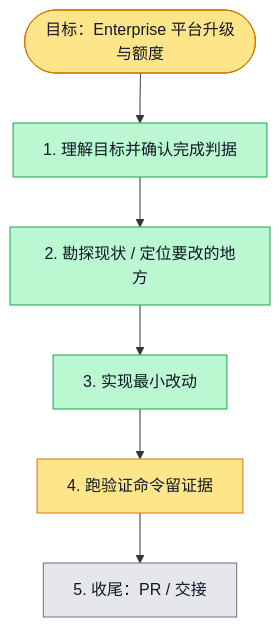
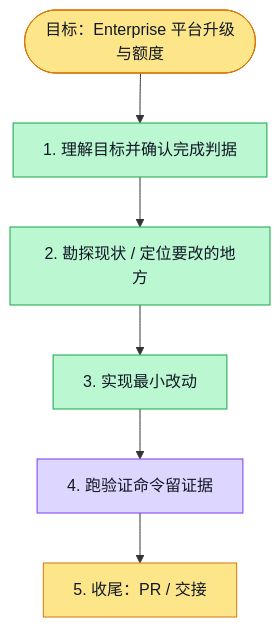
One commit to boardx/workspacex changed the diagram in evidence/enterprise-management-6108/execution-plan.md. Above: the diagram before and after it, drawn with Mermaid. The commit also changed 6 other files, not shown here.

Commit message:
test(billing): record real Enterprise retention and interrupted-response recovery evidence (#6108)

````diff
--- a/evidence/enterprise-management-6108/execution-plan.md
+++ b/evidence/enterprise-management-6108/execution-plan.md
@@ -17,24 +17,25 @@
 ```mermaid
 flowchart TD
   G([目标：Enterprise 平台升级与额度])
   S1[1. 理解目标并确认完成判据]
   S2[2. 勘探现状 / 定位要改的地方]
   S3[3. 实现最小改动]
   S4[4. 跑验证命令留证据]
   S5[5. 收尾：PR / 交接]
 
   G --> S1 --> S2 --> S3 --> S4 --> S5
 
   classDef todo fill:#e5e7eb,stroke:#6b7280,color:#111827
   classDef doing fill:#fde68a,stroke:#d97706,color:#111827
   classDef done fill:#bbf7d0,stroke:#16a34a,color:#111827
   classDef tested fill:#ddd6fe,stroke:#7c3aed,color:#111827
   classDef blocked fill:#fecaca,stroke:#dc2626,color:#111827
 
   class G doing
   class S1 done
   class S2 done
   class S3 done
-  class S4 doing
-  class S5 todo
+  %% evidence S4: evidence/enterprise-management-6108/backend-19.txt; ui-client-final.txt; browser-final.txt; retention-pg.txt
+  class S4 tested
+  class S5 doing
 ```
````
